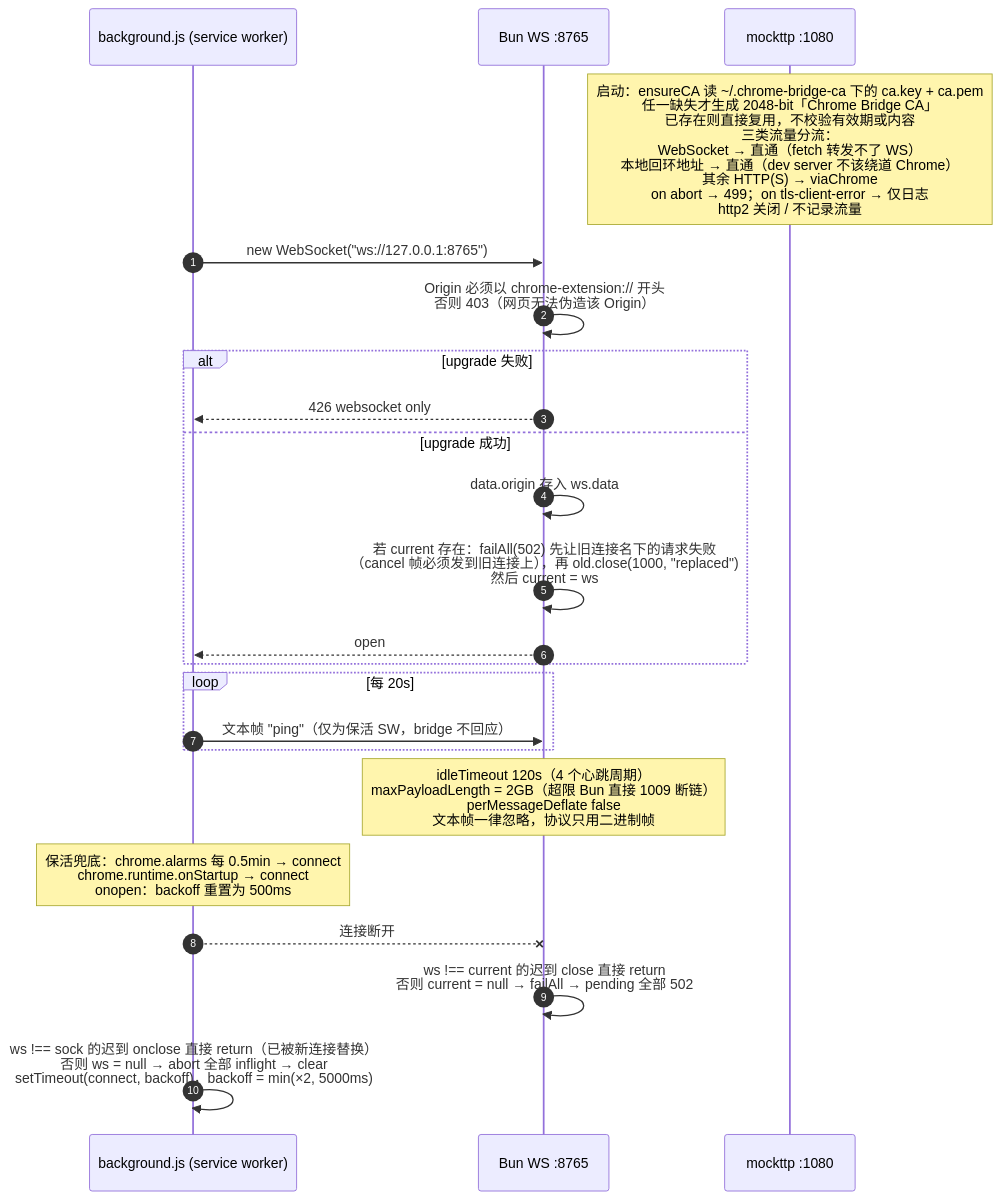
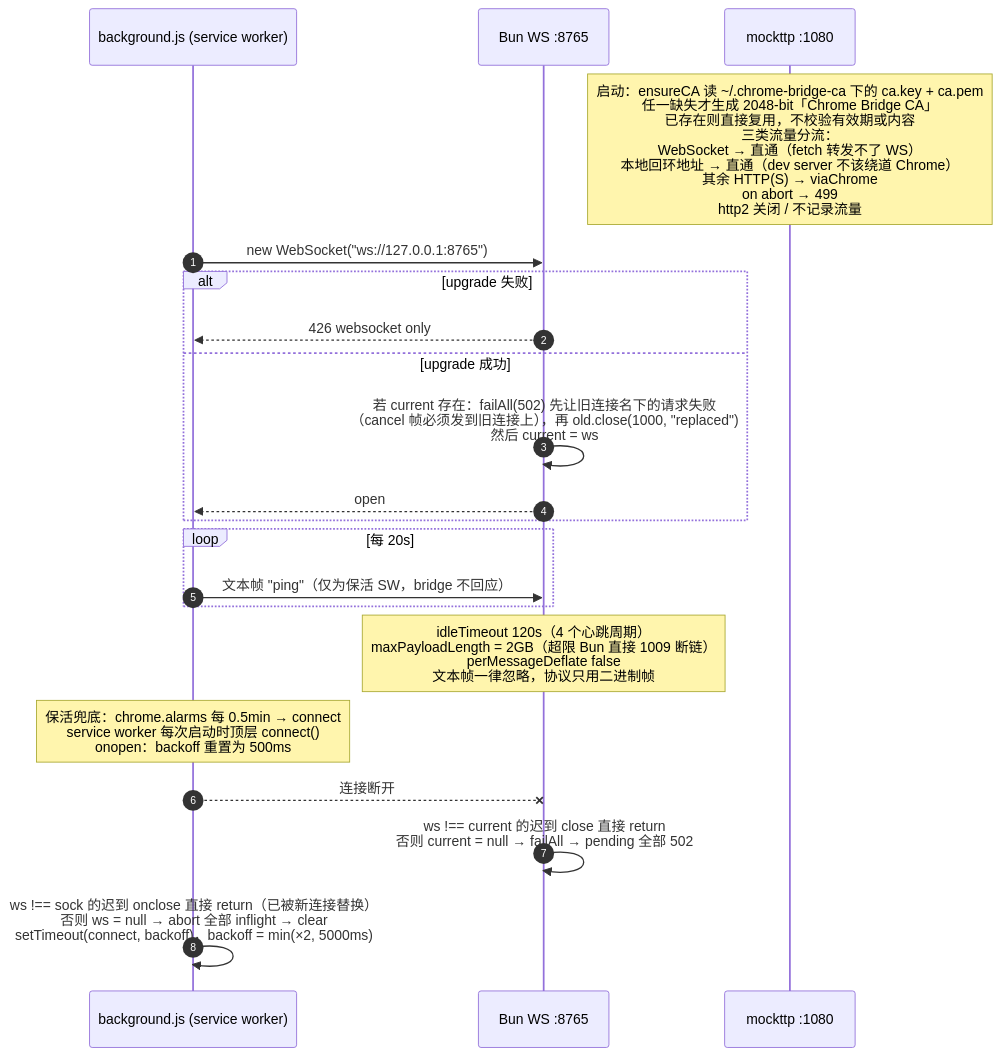
One commit to XhstormR/chrome-bridge changed the second of 5 diagrams in README.md. Above: the diagram before and after it, drawn with Mermaid. The commit also changed other lines of this file and 2 other files, not shown here.

````diff
--- a/README.md
+++ b/README.md
@@ -63,30 +63,28 @@
 ```mermaid
 sequenceDiagram
     autonumber
     participant E as background.js (service worker)
     participant W as Bun WS :8765
     participant S as mockttp :1080
 
-    Note over S: 启动：ensureCA 读 ~/.chrome-bridge-ca 下的 ca.key + ca.pem<br/>任一缺失才生成 2048-bit「Chrome Bridge CA」<br/>已存在则直接复用，不校验有效期或内容<br/>三类流量分流：<br/>WebSocket → 直通（fetch 转发不了 WS）<br/>本地回环地址 → 直通（dev server 不该绕道 Chrome）<br/>其余 HTTP(S) → viaChrome<br/>on abort → 499；on tls-client-error → 仅日志<br/>http2 关闭 / 不记录流量
+    Note over S: 启动：ensureCA 读 ~/.chrome-bridge-ca 下的 ca.key + ca.pem<br/>任一缺失才生成 2048-bit「Chrome Bridge CA」<br/>已存在则直接复用，不校验有效期或内容<br/>三类流量分流：<br/>WebSocket → 直通（fetch 转发不了 WS）<br/>本地回环地址 → 直通（dev server 不该绕道 Chrome）<br/>其余 HTTP(S) → viaChrome<br/>on abort → 499<br/>http2 关闭 / 不记录流量
 
     E->>W: new WebSocket("ws://127.0.0.1:8765")
-    W->>W: Origin 必须以 chrome-extension:// 开头<br/>否则 403（网页无法伪造该 Origin）
     alt upgrade 失败
         W-->>E: 426 websocket only
     else upgrade 成功
-        W->>W: data.origin 存入 ws.data
         W->>W: 若 current 存在：failAll(502) 先让旧连接名下的请求失败<br/>（cancel 帧必须发到旧连接上），再 old.close(1000, "replaced")<br/>然后 current = ws
         W-->>E: open
     end
 
     loop 每 20s
         E->>W: 文本帧 "ping"（仅为保活 SW，bridge 不回应）
     end
     Note over W: idleTimeout 120s（4 个心跳周期）<br/>maxPayloadLength = 2GB（超限 Bun 直接 1009 断链）<br/>perMessageDeflate false<br/>文本帧一律忽略，协议只用二进制帧
 
-    Note over E: 保活兜底：chrome.alarms 每 0.5min → connect<br/>chrome.runtime.onStartup → connect<br/>onopen：backoff 重置为 500ms
+    Note over E: 保活兜底：chrome.alarms 每 0.5min → connect<br/>service worker 每次启动时顶层 connect()<br/>onopen：backoff 重置为 500ms
 
     E--xW: 连接断开
     W->>W: ws !== current 的迟到 close 直接 return<br/>否则 current = null → failAll → pending 全部 502
     E->>E: ws !== sock 的迟到 onclose 直接 return（已被新连接替换）<br/>否则 ws = null → abort 全部 inflight → clear<br/>setTimeout(connect, backoff)，backoff = min(×2, 5000ms)
 ```
````
